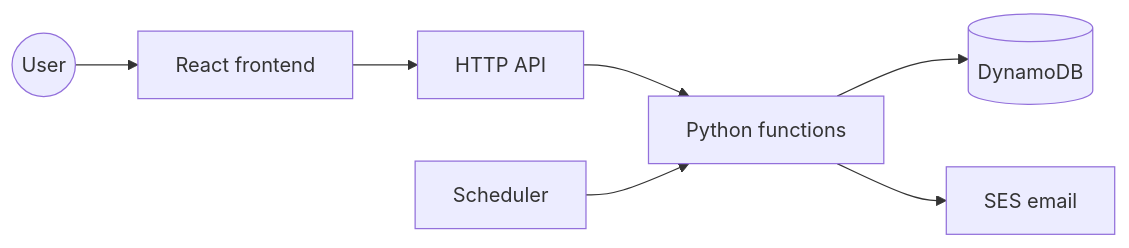
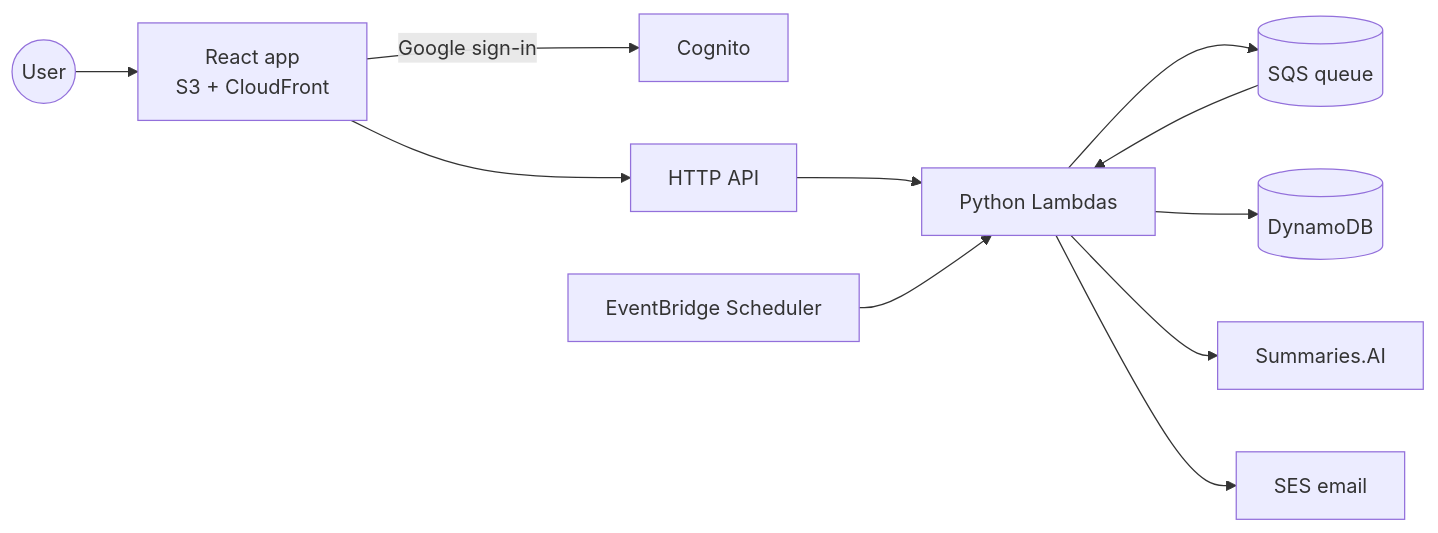
Before and after one commit to erancha/diet-tracker: the diagram in README.md, drawn with Mermaid. The commit also changed other lines of this file and 13 other files, not shown here.

First line of the commit message:
Bring the docs onto the common document tree; give Google sign-in its setup page

````diff
--- a/README.md
+++ b/README.md
@@ -70,9 +63,13 @@
 ```mermaid
 graph LR
-    U((User)) --> FE[React frontend]
+    U((User)) --> FE["React app<br/>S3 + CloudFront"]
+    FE -->|Google sign-in| COG[Cognito]
     FE --> API[HTTP API]
-    API --> L[Python functions]
+    API --> L[Python Lambdas]
+    CLK[EventBridge Scheduler] --> L
+    L --> Q[(SQS queue)]
+    Q --> L
     L --> DB[(DynamoDB)]
-    CLK[Scheduler] --> L
+    L --> RAG[Summaries.AI]
     L --> SES[SES email]
 ```
````
